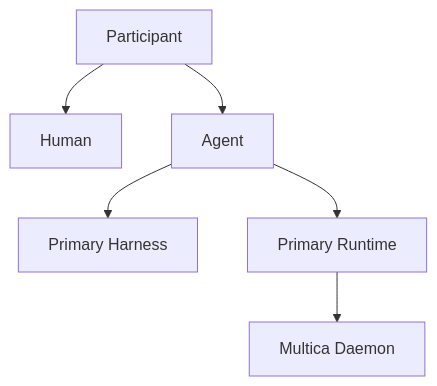
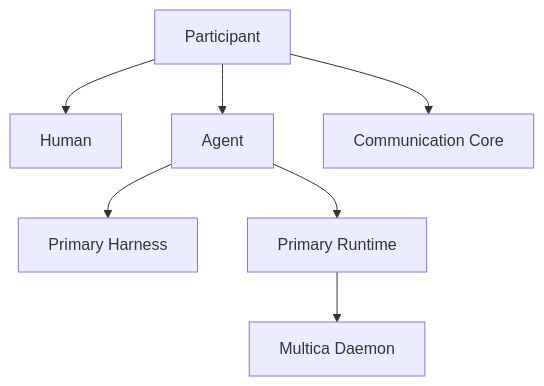
Before and after one commit to Yidada/chatty: the first of 2 diagrams in README.md, drawn with Mermaid. The commit also changed other lines of this file, not shown here.

````diff
--- a/README.md
+++ b/README.md
@@ -118,8 +120,9 @@
 ```mermaid
 flowchart TD
     P[Participant] --> H[Human]
     P --> A[Agent]
+    P --> C[Communication Core]
     A --> X[Primary Harness]
     A --> R[Primary Runtime]
     R --> D[Multica Daemon]
 ```
````
